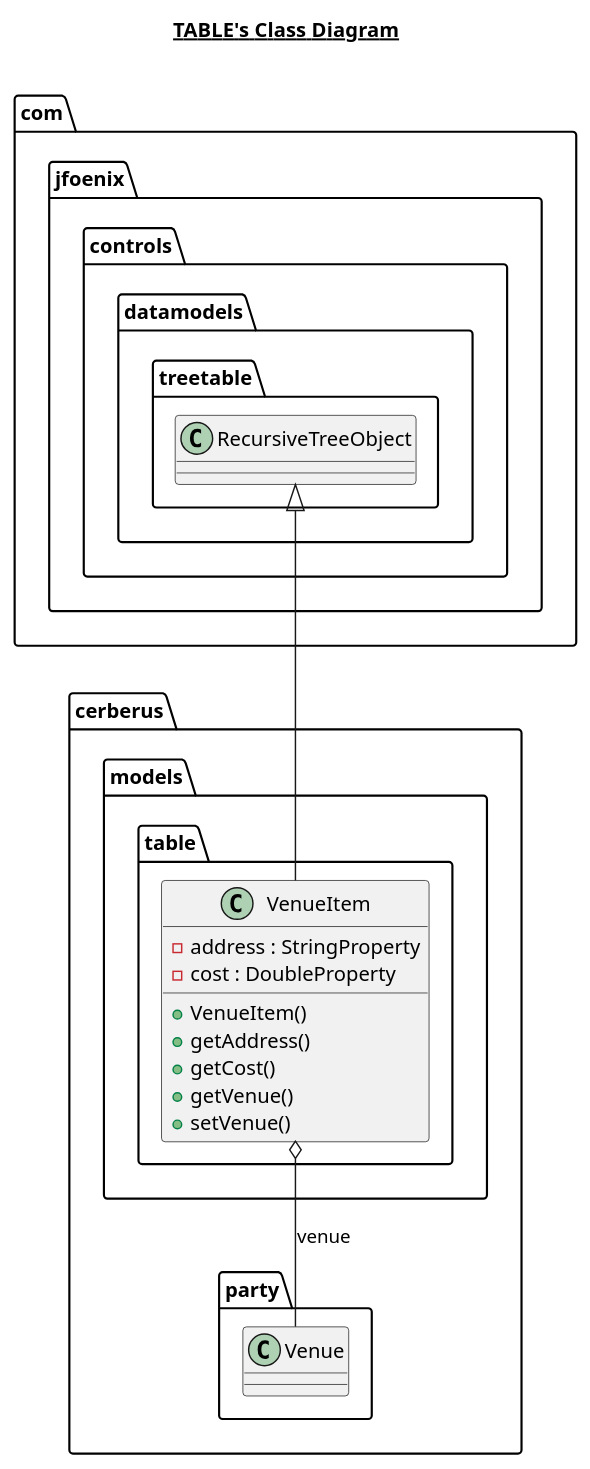
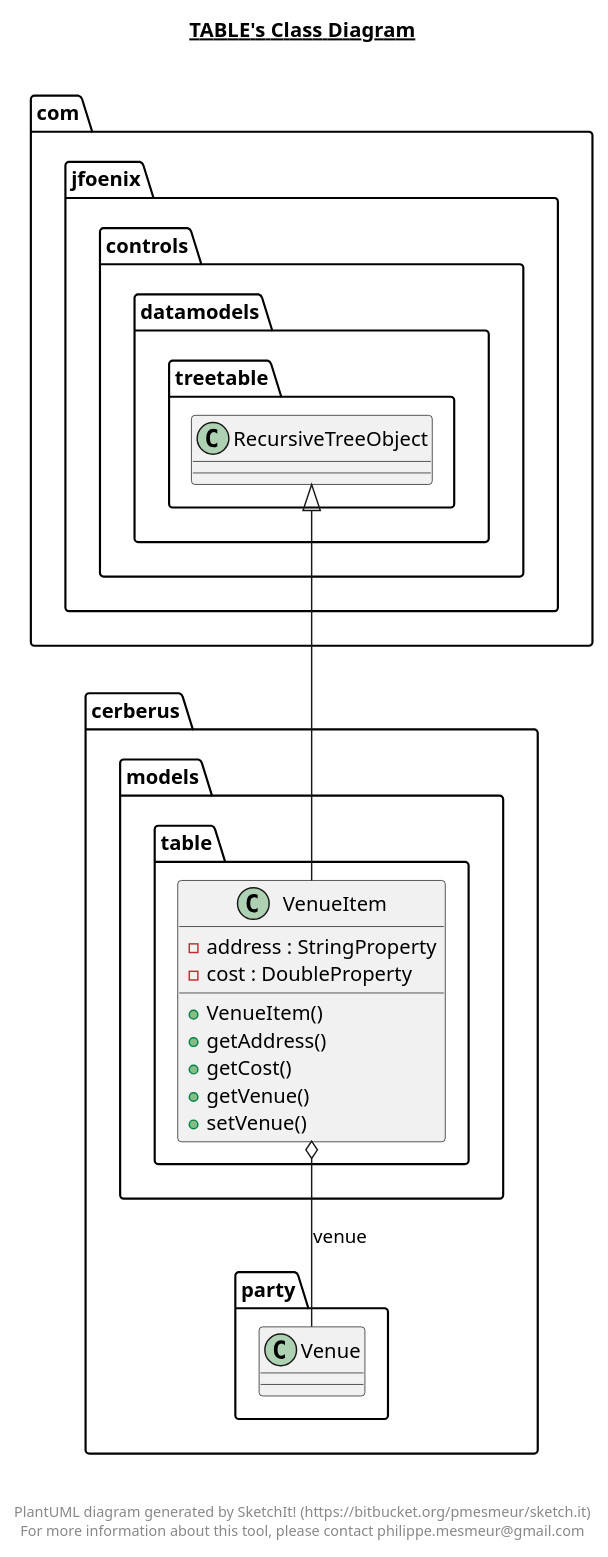
One commit to m-haisham/PartyPlanner changed the diagram in src/main/java/cerberus/models/table/table.plantuml. Above: the diagram before and after it, drawn with PlantUML. The commit also changed 28 other files, not shown here.

```diff
--- a/src/main/java/cerberus/models/table/table.plantuml
+++ b/src/main/java/cerberus/models/table/table.plantuml
@@ -1,23 +1,31 @@
 @startuml
 
 title __TABLE's Class Diagram__\n
 
   namespace cerberus {
     namespace models.table {
       class cerberus.models.table.VenueItem {
           - address : StringProperty
           - cost : DoubleProperty
           + VenueItem()
           + getAddress()
           + getCost()
           + getVenue()
           + setVenue()
       }
     }
   }
   
 
   cerberus.models.table.VenueItem -up-|> com.jfoenix.controls.datamodels.treetable.RecursiveTreeObject
   cerberus.models.table.VenueItem o-- cerberus.party.Venue : venue
 
+
+right footer
+
+
+PlantUML diagram generated by SketchIt! (https://bitbucket.org/pmesmeur/sketch.it)
+For more information about this tool, please contact philippe.mesmeur@gmail.com
+endfooter
+
 @enduml
```
